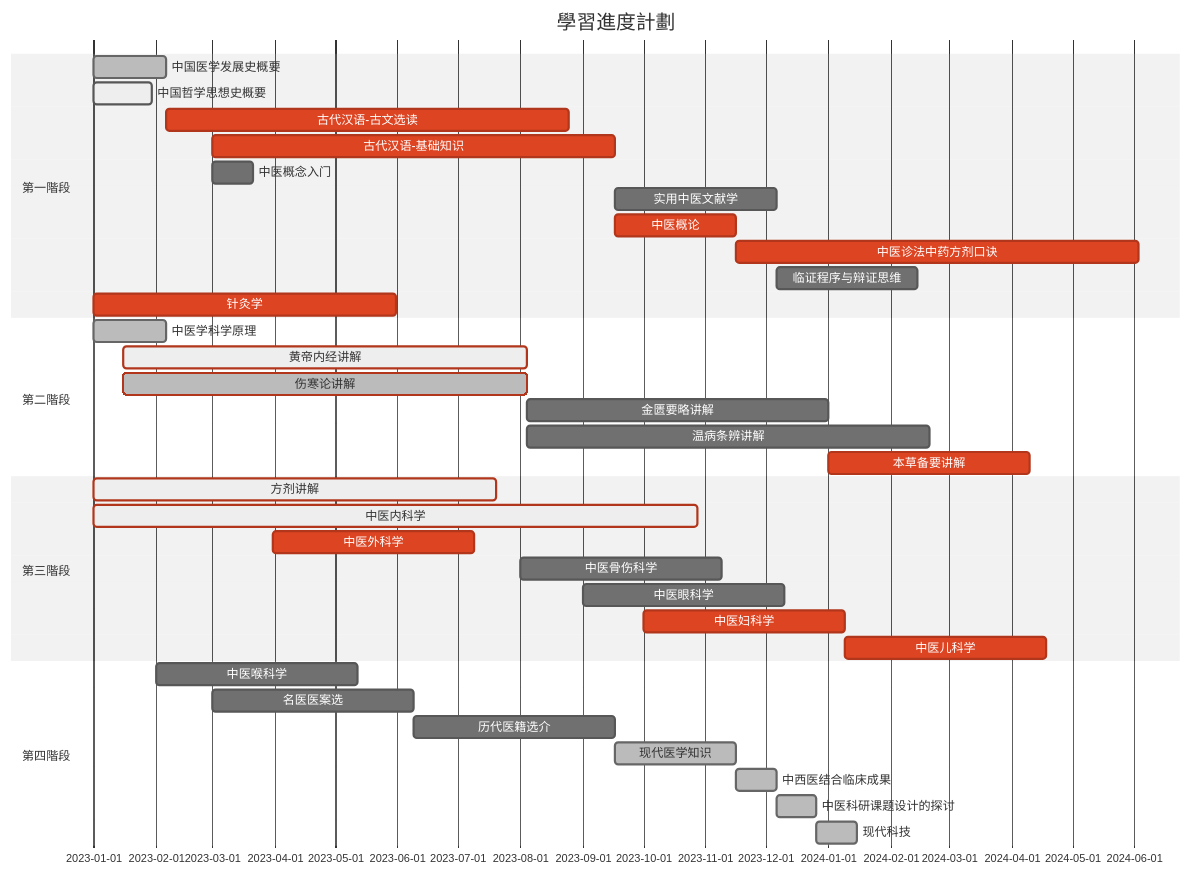
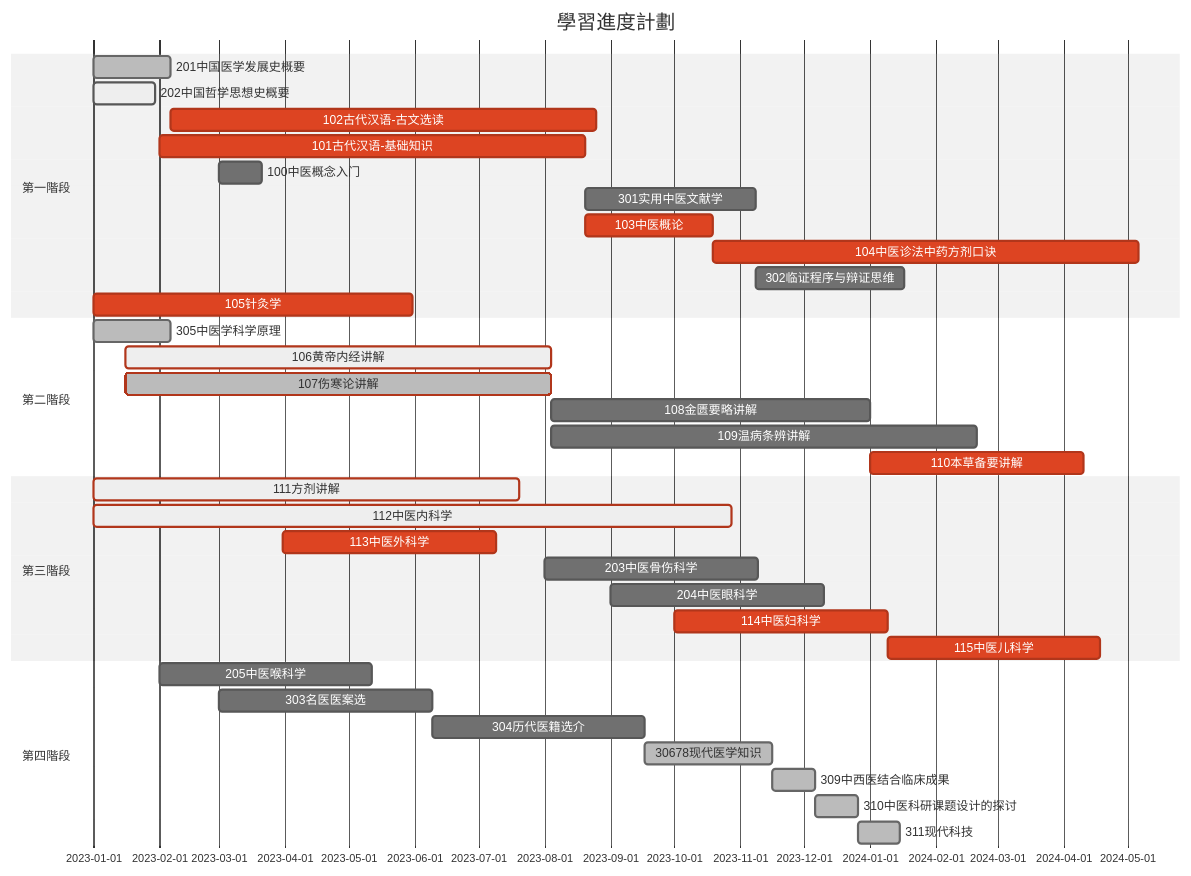
One commit to Franklyzzm/GMZYhsjcXx changed the diagram in README.md. Above: the diagram before and after it, drawn with Mermaid (neutral theme). The commit also changed other lines of this file, not shown here.

````diff
--- a/README.md
+++ b/README.md
@@ -71,50 +109,50 @@
 ```mermaid
 %% Example with selection of syntaxes
 %% 用 KS 考試，KC 考察，ZX 自修，
 %% 狀態:  ,crit,active,done,
 
     gantt
     dateFormat  MM-DD
     title 學習進度計劃
 
 %% 用 1學時 用 1d 表示
 
     section 第一階段
-    中国医学发展史概要    :done,    kc-yxfz, 01-01, 36d
-    中国哲学思想史概要    :active,  kc-zxsx, 01-01, 01-30
-    古代汉语-古文选读     :crit,    ks-gwxd, after kc-yxfz, 200d
-    古代汉语-基础知识     :crit,    ks-hyjc, 03-01, 200d
-    中医概念入门          :         rm, 03-01, 20d 
-    实用中医文献学        :         zx-zywx, after ks-hyjc, 80d
-    中医概论              :crit,    zx-zygl, after ks-hyjc, 60d
-    中医诊法中药方剂口诀  :crit,    ks-kj, after zx-zygl, 200d
-    临证程序与辩证思维    :         zx-lzcx, after zx-zywx, 70d
-    针灸学                :crit,    ks-zj, 01-01, 150d
+    201中国医学发展史概要    :done,    kc-yxfz, 01-01, 36d
+    202中国哲学思想史概要    :active,  kc-zxsx, 01-01, 01-30
+    102古代汉语-古文选读     :crit,    ks-gwxd, after kc-yxfz, 200d
+    101古代汉语-基础知识     :crit,    ks-hyjc, 02-01, 200d
+    100中医概念入门          :         rm, 03-01, 20d 
+    301实用中医文献学        :         zx-zywx, after ks-hyjc, 80d
+    103中医概论              :crit,    zx-zygl, after ks-hyjc, 60d
+    104中医诊法中药方剂口诀  :crit,    ks-kj, after zx-zygl, 200d
+    302临证程序与辩证思维    :         zx-lzcx, after zx-zywx, 70d
+    105针灸学                :crit,    ks-zj, 01-01, 150d
 
     section 第二階段
-    中医学科学原理    :done,          zx-kxyl, 01-01, 36d
-    黄帝内经讲解      :crit, active,  ks-hdnj, 01-16, 200d
-    伤寒论讲解        :crit, done,    ks-shl, 01-16, 200d
-    金匮要略讲解      :               ks-jkyl, after ks-shl, 150d
-    温病条辨讲解      :               ks-wbtb, after ks-shl, 200d
-    本草备要讲解      :crit,          ks-bcby, after ks-jkyl,100d
+    305中医学科学原理    :done,          zx-kxyl, 01-01, 36d
+    106黄帝内经讲解      :crit, active,  ks-hdnj, 01-16, 200d
+    107伤寒论讲解        :crit, done,    ks-shl, 01-16, 200d
+    108金匮要略讲解      :               ks-jkyl, after ks-shl, 150d
+    109温病条辨讲解      :               ks-wbtb, after ks-shl, 200d
+    110本草备要讲解      :crit,          ks-bcby, after ks-jkyl,100d
 
     section 第三階段
-    方剂讲解        :crit, active,  ks-fj, 01-01, 200d
-    中医内科学      :crit, active,  ks-nk, 01-01, 300d
-    中医外科学      :crit,          ks-wk, 03-31, 100d
-    中医骨伤科学    :               kc-gsk, 08-01, 100d
-    中医眼科学      :               kc-yk, 09-01, 100d
-    中医妇科学      :crit,          ks-fk, 10-01, 100d
-    中医儿科学      :crit,          ks-ek, after ks-fk, 100d
+    111方剂讲解        :crit, active,  ks-fj, 01-01, 200d
+    112中医内科学      :crit, active,  ks-nk, 01-01, 300d
+    113中医外科学      :crit,          ks-wk, 03-31, 100d
+    203中医骨伤科学    :               kc-gsk, 08-01, 100d
+    204中医眼科学      :               kc-yk, 09-01, 100d
+    114中医妇科学      :crit,          ks-fk, 10-01, 100d
+    115中医儿科学      :crit,          ks-ek, after ks-fk, 100d
 
     section 第四階段
 %%  针灸学                  :crit,  ks-zj, 01-01, 150d
-    中医喉科学              :       kc-hk, 02-01, 100d
-    名医医案选              :       zx-ya, 03-01, 100d
-    历代医籍选介            :       zx-yj, after zx-ya, 100d
-    现代医学知识            :done,  60d
-    中西医结合临床成果      :done,  20d
-    中医科研课题设计的探讨  :done,  20d
-    现代科技                :done,  20d
+    205中医喉科学              :       kc-hk, 02-01, 100d
+    303名医医案选              :       zx-ya, 03-01, 100d
+    304历代医籍选介            :       zx-yj, after zx-ya, 100d
+    30678现代医学知识            :done,  60d
+    309中西医结合临床成果      :done,  20d
+    310中医科研课题设计的探讨  :done,  20d
+    311现代科技                :done,  20d
 ```
````
